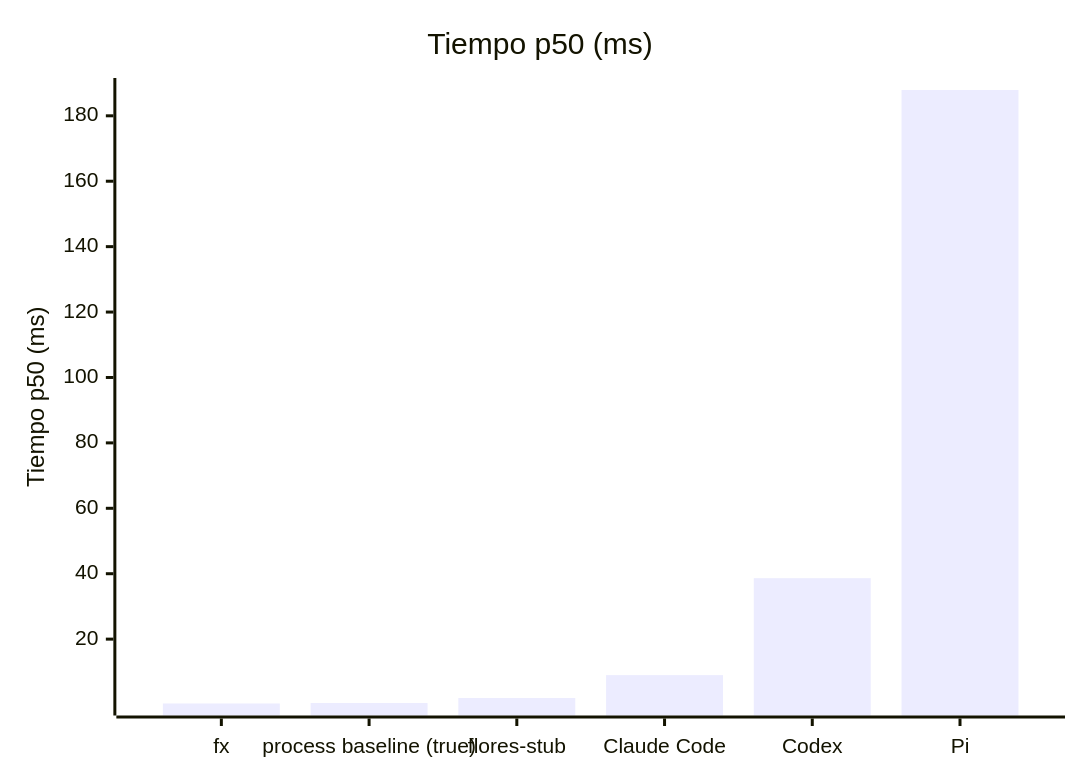
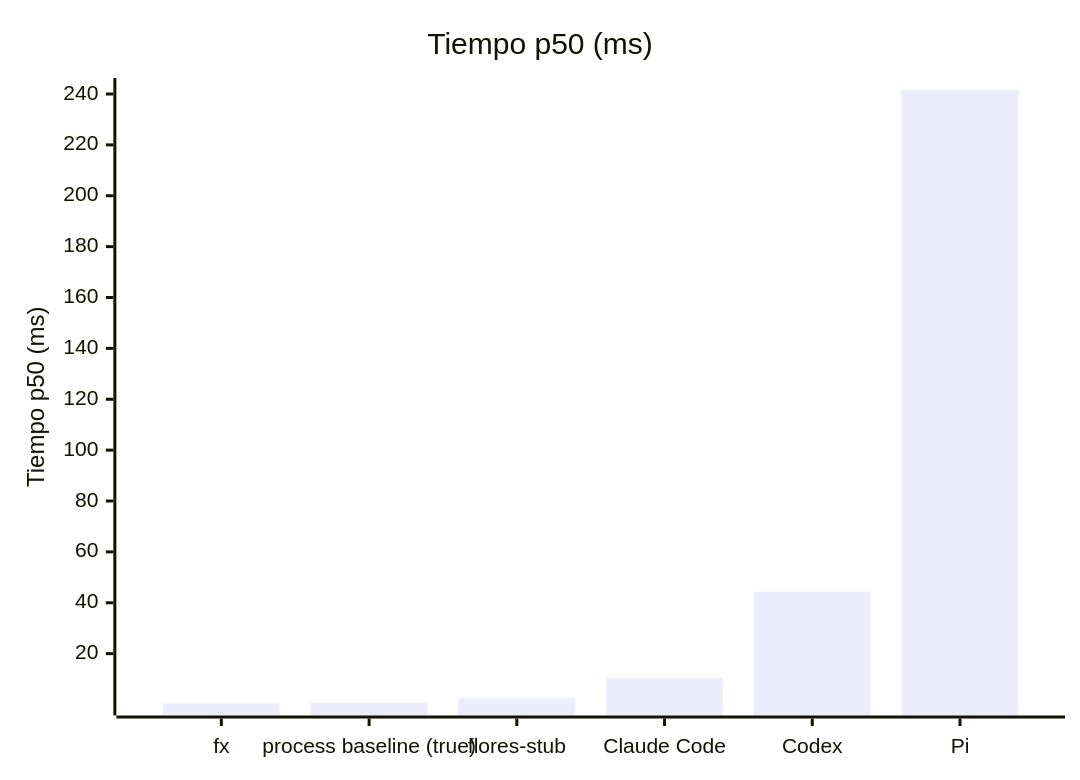
One commit to sfloresone/flores changed the fifth of 6 diagrams in benchmarks/published/README.md. Above: the diagram before and after it, drawn with Mermaid. The commit also changed other lines of this file and 6 other files, not shown here.

````diff
--- a/benchmarks/published/README.md
+++ b/benchmarks/published/README.md
@@ -168,7 +168,7 @@
 ```mermaid
 xychart-beta
     title "Tiempo p50 (ms)"
     x-axis ["fx", "process baseline (true)", "flores-stub", "Claude Code", "Codex", "Pi"]
     y-axis "Tiempo p50 (ms)"
-    bar [0.32, 0.46, 2.00, 9.00, 38.64, 187.89]
+    bar [0.40, 0.59, 2.51, 10.42, 44.30, 241.57]
 ```
````
